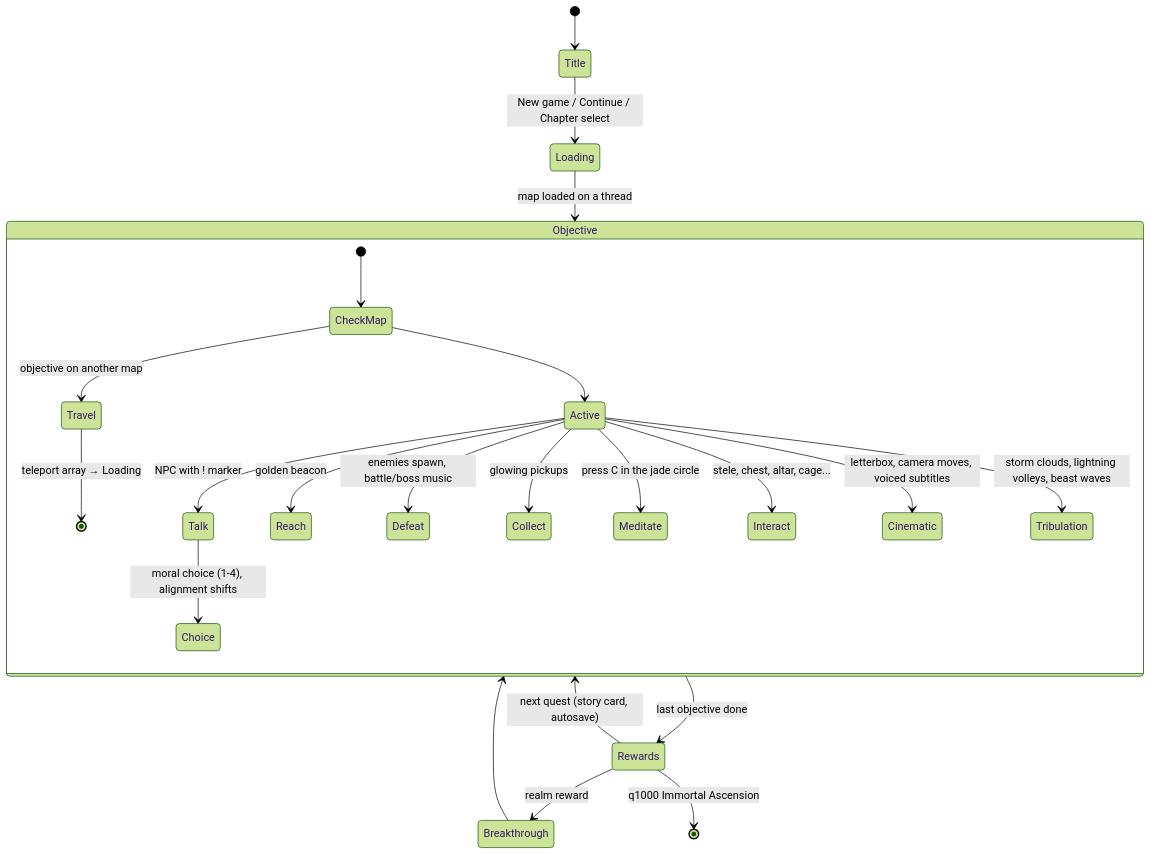
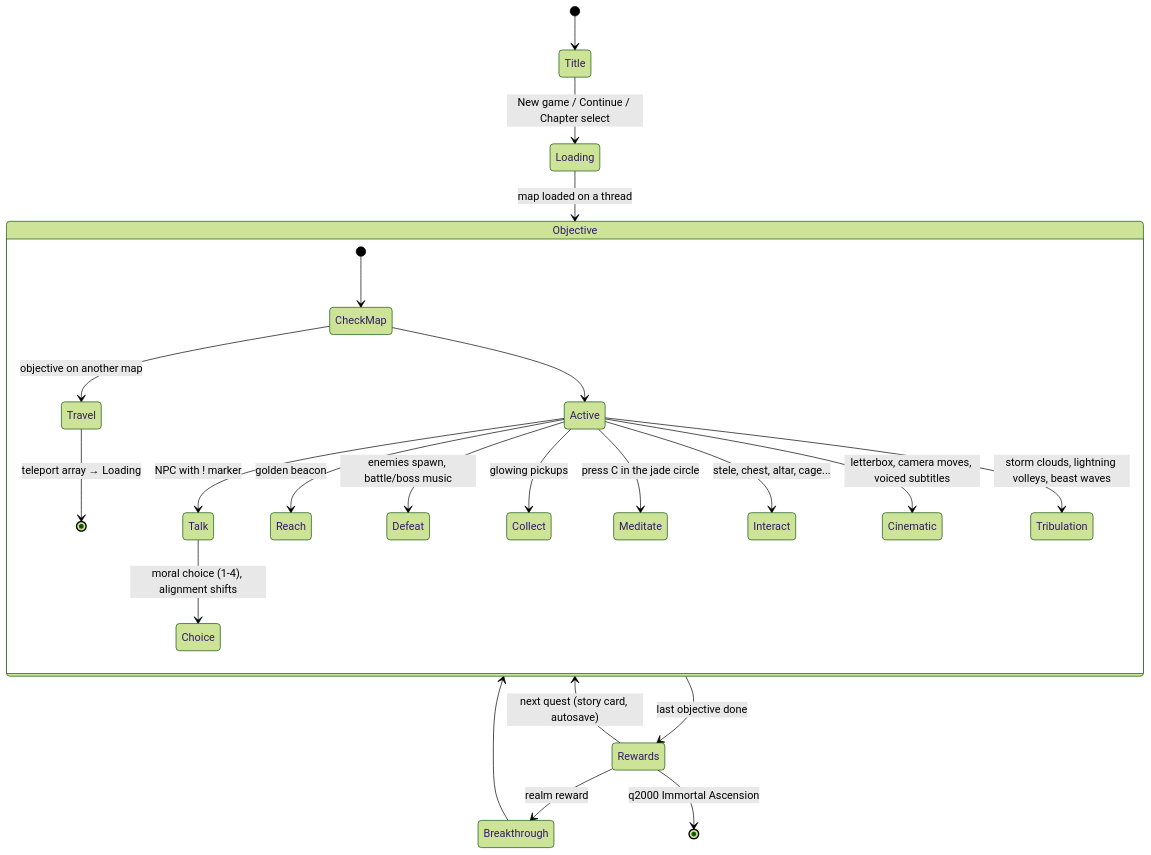
Before and after one commit to jgyy/vnxianxia: the third of 3 diagrams in README.md, drawn with Mermaid (forest theme). The commit also changed other lines of this file and 96 other files, not shown here.

````diff
--- a/README.md
+++ b/README.md
@@ -134,26 +137,26 @@
 ```mermaid
 stateDiagram-v2
     [*] --> Title
     Title --> Loading: New game / Continue / Chapter select
     Loading --> Objective: map loaded on a thread
     state Objective {
         [*] --> CheckMap
         CheckMap --> Travel: objective on another map
         Travel --> [*]: teleport array → Loading
         CheckMap --> Active
         Active --> Talk: NPC with ! marker
         Active --> Reach: golden beacon
         Active --> Defeat: enemies spawn, battle/boss music
         Active --> Collect: glowing pickups
         Active --> Meditate: press C in the jade circle
         Active --> Interact: stele, chest, altar, cage...
         Active --> Cinematic: letterbox, camera moves, voiced subtitles
         Active --> Tribulation: storm clouds, lightning volleys, beast waves
         Talk --> Choice: moral choice (1-4), alignment shifts
     }
     Objective --> Rewards: last objective done
     Rewards --> Objective: next quest (story card, autosave)
     Rewards --> Breakthrough: realm reward
     Breakthrough --> Objective
-    Rewards --> [*]: q1000 Immortal Ascension
+    Rewards --> [*]: q2000 Immortal Ascension
 ```
````
